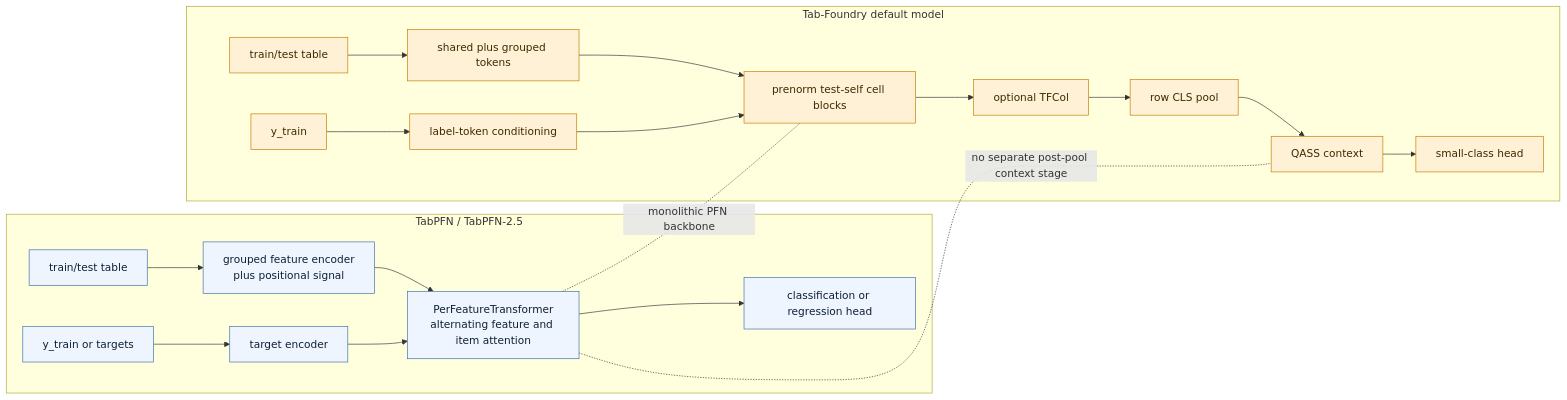
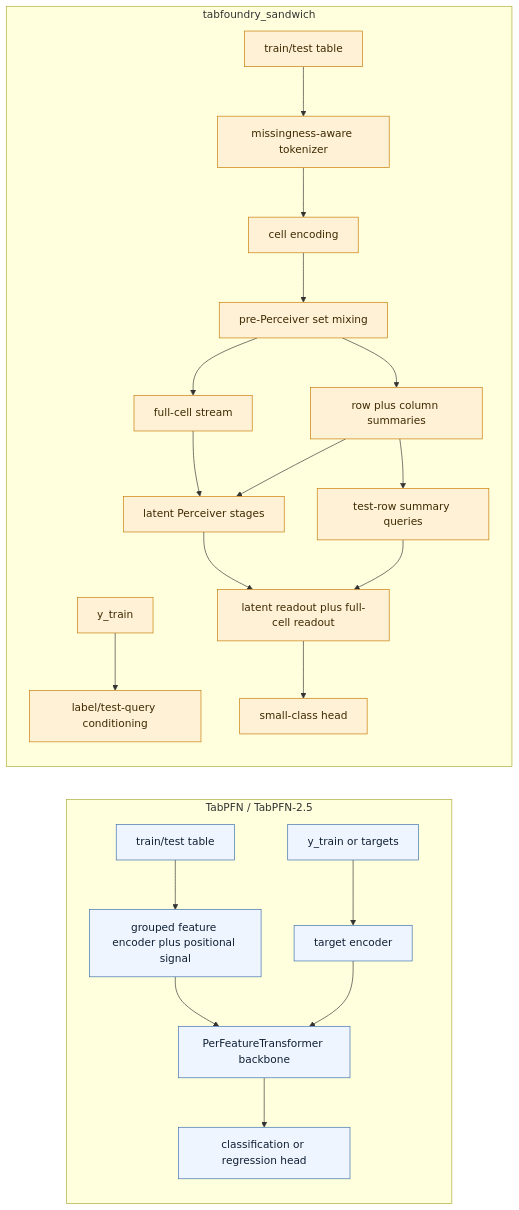
One commit to bensonlee5/tab-foundry changed the third of 6 diagrams in docs/development/architecture-deltas.md. Above: the diagram before and after it, drawn with Mermaid. The commit also changed other lines of this file and 8 other files, not shown here.

Commit message:
refresh roadmap and update model architecture pages

````diff
--- a/docs/development/architecture-deltas.md
+++ b/docs/development/architecture-deltas.md
@@ -177,29 +175,30 @@
 ```mermaid
 flowchart LR
     subgraph TP[TabPFN / TabPFN-2.5]
-        tp_x[train/test table] --> tp_tok[grouped feature encoder<br/>plus positional signal]
+        tp_x[train/test table] --> tp_tok[grouped feature encoder plus positional signal]
         tp_y[y_train or targets] --> tp_tc[target encoder]
-        tp_tok --> tp_pf[PerFeatureTransformer<br/>alternating feature and item attention]
+        tp_tok --> tp_pf[PerFeatureTransformer backbone]
         tp_tc --> tp_pf
         tp_pf --> tp_head[classification or regression head]
     end
 
-    subgraph TA[Tab-Foundry default model]
-        ta_x[train/test table] --> ta_tok[shared plus grouped tokens]
-        ta_y[y_train] --> ta_tc[label-token conditioning]
-        ta_tok --> ta_blk[prenorm test-self cell blocks]
-        ta_tc --> ta_blk
-        ta_blk --> ta_col[optional TFCol]
-        ta_col --> ta_pool[row CLS pool]
-        ta_pool --> ta_ctx[QASS context]
-        ta_ctx --> ta_head[small-class head]
+    subgraph TS[tabfoundry_sandwich]
+        ts_x[train/test table] --> ts_tok[missingness-aware tokenizer]
+        ts_y[y_train] --> ts_tc[label/test-query conditioning]
+        ts_tok --> ts_enc[cell encoding]
+        ts_enc --> ts_mix[pre-Perceiver set mixing]
+        ts_mix --> ts_full[full-cell stream]
+        ts_mix --> ts_sum[row plus column summaries]
+        ts_full --> ts_lat[latent Perceiver stages]
+        ts_sum --> ts_lat
+        ts_sum --> ts_q[test-row summary queries]
+        ts_q --> ts_read[latent readout plus full-cell readout]
+        ts_lat --> ts_read
+        ts_read --> ts_head[small-class head]
     end
 
-    tp_pf -. monolithic PFN backbone .- ta_blk
-    tp_pf -. no separate post-pool context stage .- ta_ctx
-
     classDef pfn fill:#eef5ff,stroke:#3b6ea8,color:#0f1f33;
-    classDef anchor fill:#fff1d6,stroke:#c67a00,color:#3d2a00;
+    classDef sand fill:#fff1d6,stroke:#c67a00,color:#3d2a00;
     class tp_x,tp_tok,tp_y,tp_tc,tp_pf,tp_head pfn;
-    class ta_x,ta_tok,ta_y,ta_tc,ta_blk,ta_col,ta_pool,ta_ctx,ta_head anchor;
+    class ts_x,ts_tok,ts_y,ts_tc,ts_enc,ts_mix,ts_full,ts_sum,ts_lat,ts_q,ts_read,ts_head sand;
 ```
````
